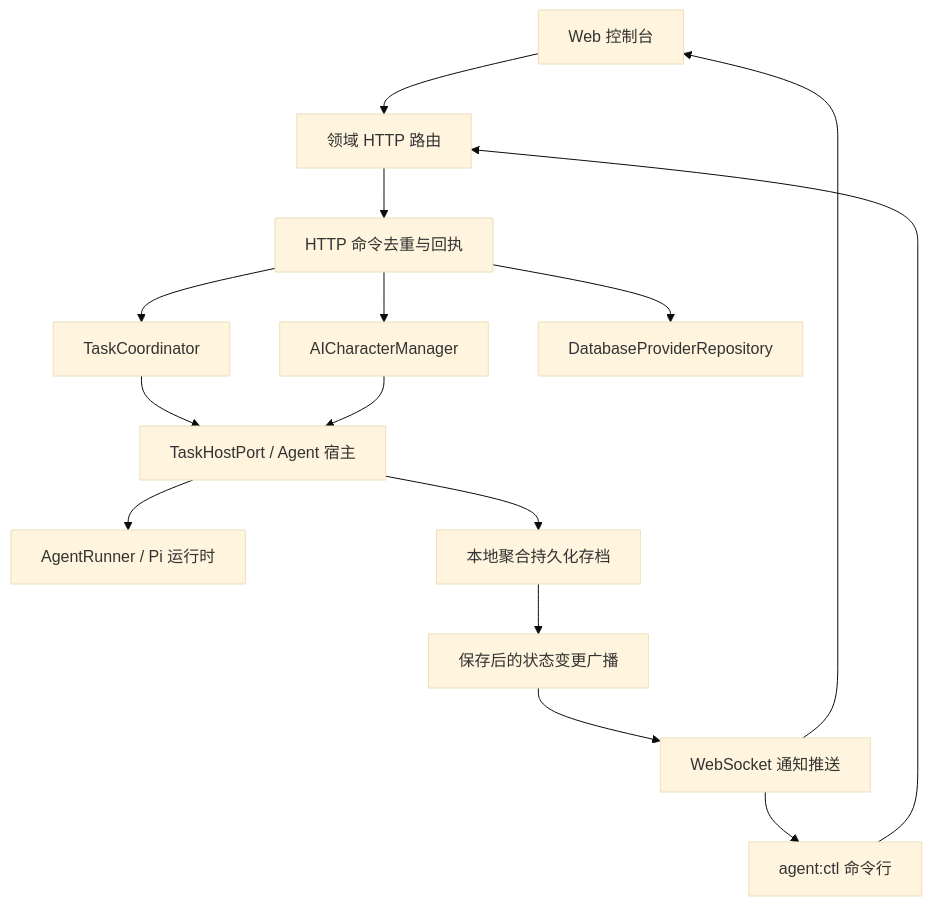
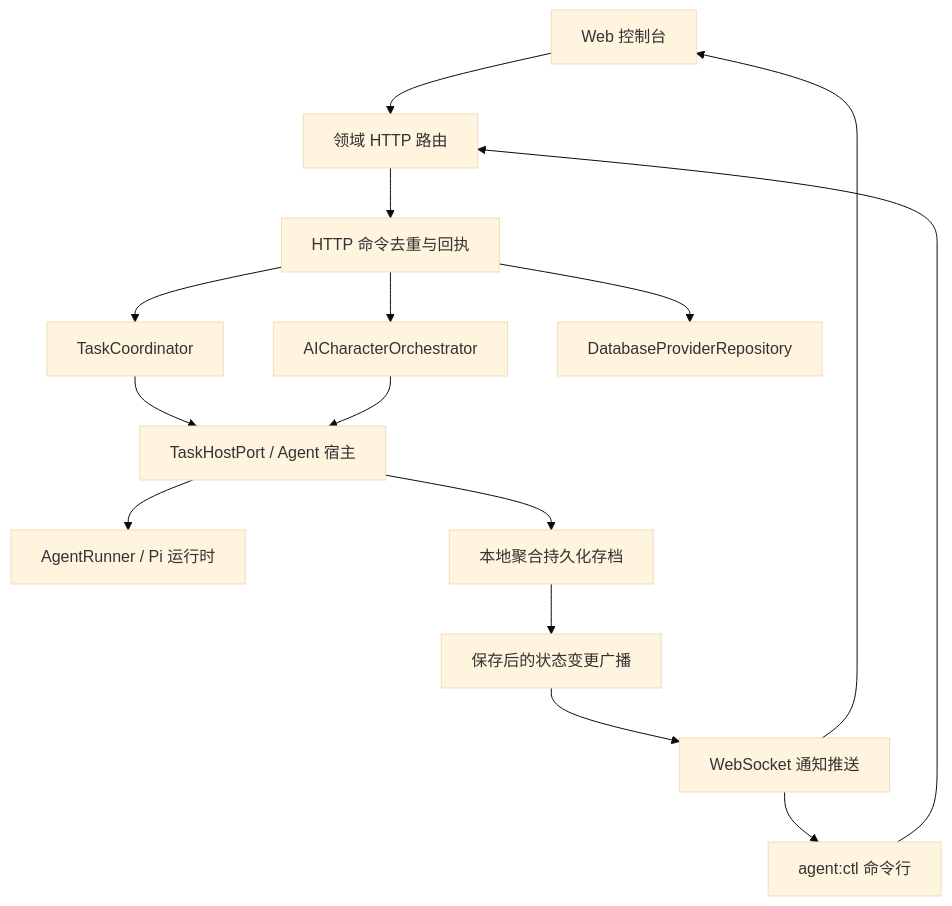
The diagram in docs/agent/gateway.md (lulabs-org/embocraft), drawn with Mermaid (base theme) before and after one commit. The commit also changed 93 other files, not shown here.

````diff
--- a/docs/agent/gateway.md
+++ b/docs/agent/gateway.md
@@ -5,17 +5,17 @@
 ```mermaid
 flowchart TD
   Web[Web 控制台] --> HTTP[领域 HTTP 路由]
   CLI[agent:ctl 命令行] --> HTTP
   HTTP --> Commands[HTTP 命令去重与回执]
-  Commands --> Characters[AICharacterManager]
+  Commands --> Characters[AICharacterOrchestrator]
   Commands --> Tasks[TaskCoordinator]
   Commands --> Providers[DatabaseProviderRepository]
   Tasks --> Host[TaskHostPort / Agent 宿主]
   Characters --> Host
   Host --> Runtime[AgentRunner / Pi 运行时]
   Host --> Archive[本地聚合持久化存档]
   Archive --> Events[保存后的状态变更广播]
   Events --> WS[WebSocket 通知推送]
   WS --> Web
   WS --> CLI
 ```
````
